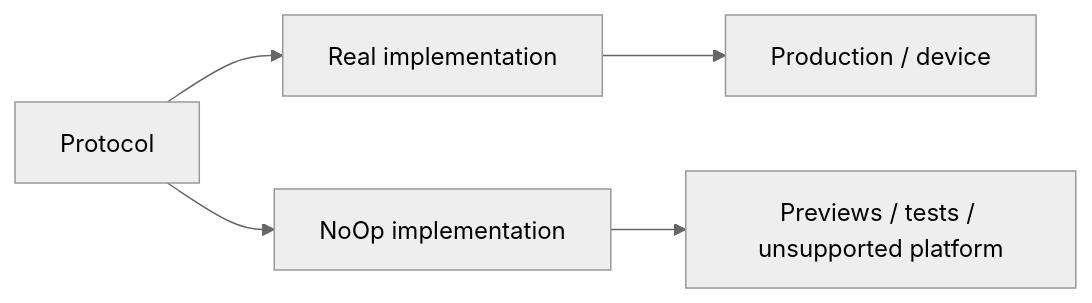
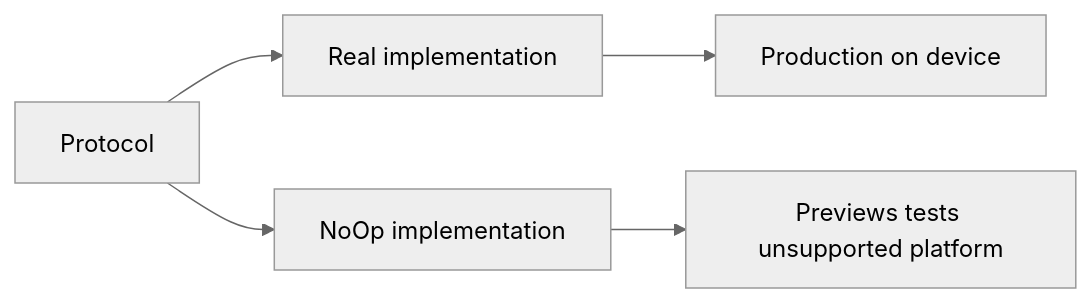
The diagram in docs/interview-guide/design-patterns/null-object.md (nguyenquanghuy22041990/FocusUp), drawn with Mermaid (neutral theme) before and after one commit. The commit also changed 30 other files, not shown here.

````diff
--- a/docs/interview-guide/design-patterns/null-object.md
+++ b/docs/interview-guide/design-patterns/null-object.md
@@ -35,7 +35,7 @@
 ```mermaid
 flowchart LR
     Proto[Protocol] --> Real[Real implementation]
     Proto --> NoOp[NoOp implementation]
-    Real --> Prod[Production / device]
-    NoOp --> Prev[Previews / tests / unsupported platform]
+    Real --> Prod["Production on device"]
+    NoOp --> Prev["Previews tests unsupported platform"]
 ```
````
